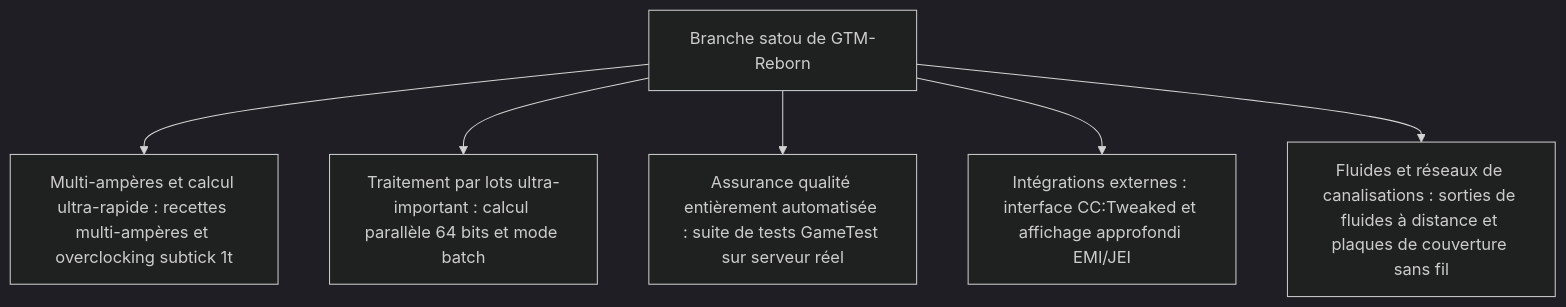
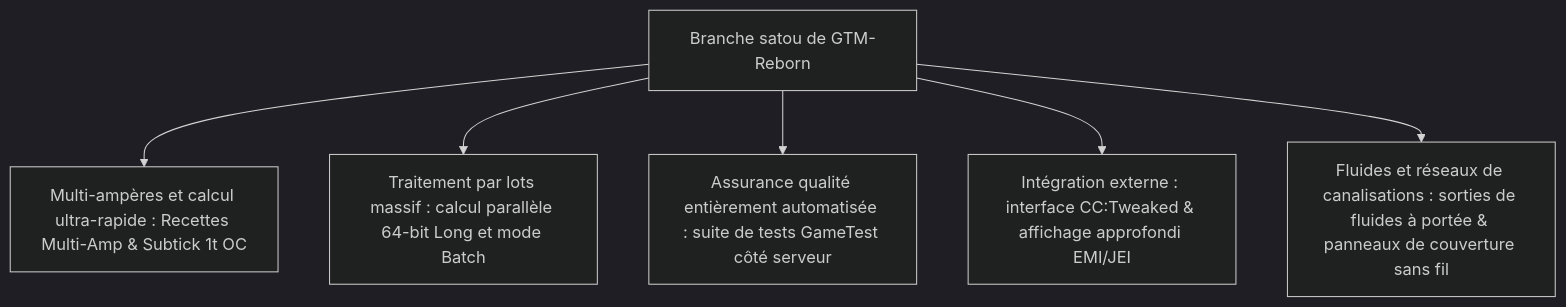
One commit to takanashisatou/GregtechEasy changed the diagram in docs/fr/gtm-reborn/index.md. Above: the diagram before and after it, drawn with Mermaid (dark theme). The commit also changed other lines of this file and 138 other files, not shown here.

````diff
--- a/docs/fr/gtm-reborn/index.md
+++ b/docs/fr/gtm-reborn/index.md
@@ -11,8 +11,8 @@
 ```mermaid
 graph TD
-    A[Branche satou de GTM-Reborn] --> B[Multi-ampères et calcul ultra-rapide : recettes multi-ampères et overclocking subtick 1t]
-    A --> C[Traitement par lots ultra-important : calcul parallèle 64 bits et mode batch]
-    A --> D[Assurance qualité entièrement automatisée : suite de tests GameTest sur serveur réel]
-    A --> E[Intégrations externes : interface CC:Tweaked et affichage approfondi EMI/JEI]
-    A --> F[Fluides et réseaux de canalisations : sorties de fluides à distance et plaques de couverture sans fil]
+    A[Branche satou de GTM-Reborn] --> B[Multi-ampères et calcul ultra-rapide : Recettes Multi-Amp & Subtick 1t OC]
+    A --> C[Traitement par lots massif : calcul parallèle 64-bit Long et mode Batch]
+    A --> D[Assurance qualité entièrement automatisée : suite de tests GameTest côté serveur]
+    A --> E[Intégration externe : interface CC:Tweaked & affichage approfondi EMI/JEI]
+    A --> F[Fluides et réseaux de canalisations : sorties de fluides à portée & panneaux de couverture sans fil]
 ```
````
